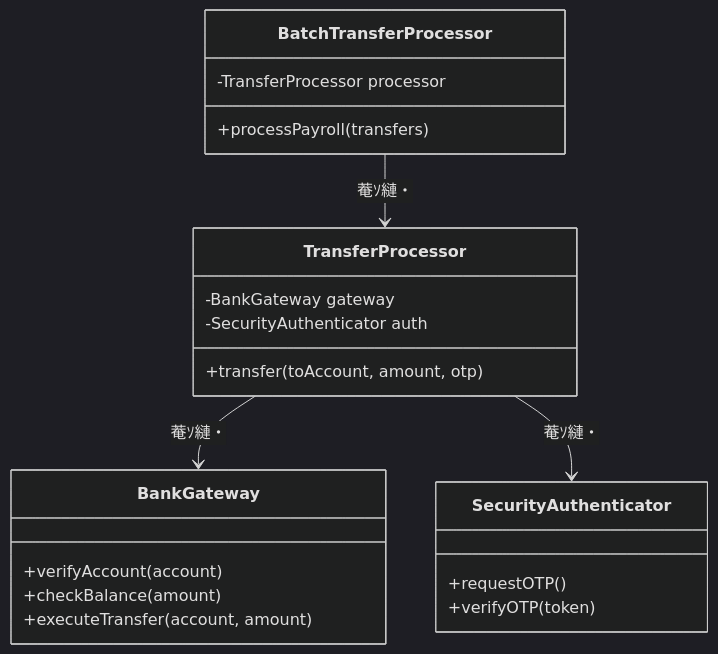
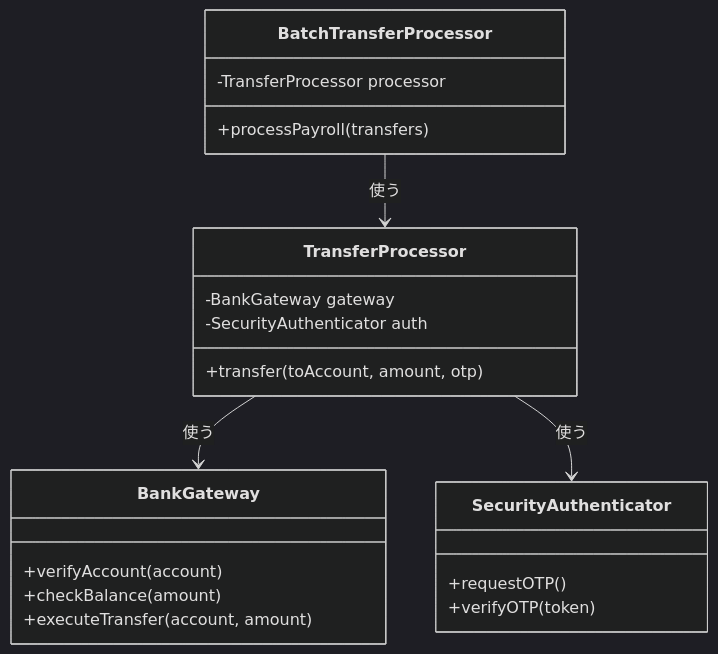
Before and after one commit to kumachan1101-pixel/DesignPattern: the first of 5 diagrams in kindle/design-patterns/output/chapter02.md, drawn with Mermaid (dark theme). The commit also changed other lines of this file and 5 other files, not shown here.

````diff
--- a/kindle/design-patterns/output/chapter02.md
+++ b/kindle/design-patterns/output/chapter02.md
@@ -75,25 +75,25 @@
 ```mermaid
 classDiagram
     class BatchTransferProcessor {
         -TransferProcessor processor
         +processPayroll(transfers)
     }
     class TransferProcessor {
         -BankGateway gateway
         -SecurityAuthenticator auth
         +transfer(toAccount, amount, otp)
     }
     class BankGateway {
         +verifyAccount(account)
         +checkBalance(amount)
         +executeTransfer(account, amount)
     }
     class SecurityAuthenticator {
         +requestOTP()
         +verifyOTP(token)
     }
 
-    BatchTransferProcessor --> TransferProcessor : 菴ｿ縺・
-    TransferProcessor --> BankGateway : 菴ｿ縺・
-    TransferProcessor --> SecurityAuthenticator : 菴ｿ縺・
+    BatchTransferProcessor --> TransferProcessor : 使う
+    TransferProcessor --> BankGateway : 使う
+    TransferProcessor --> SecurityAuthenticator : 使う
 ```
````
